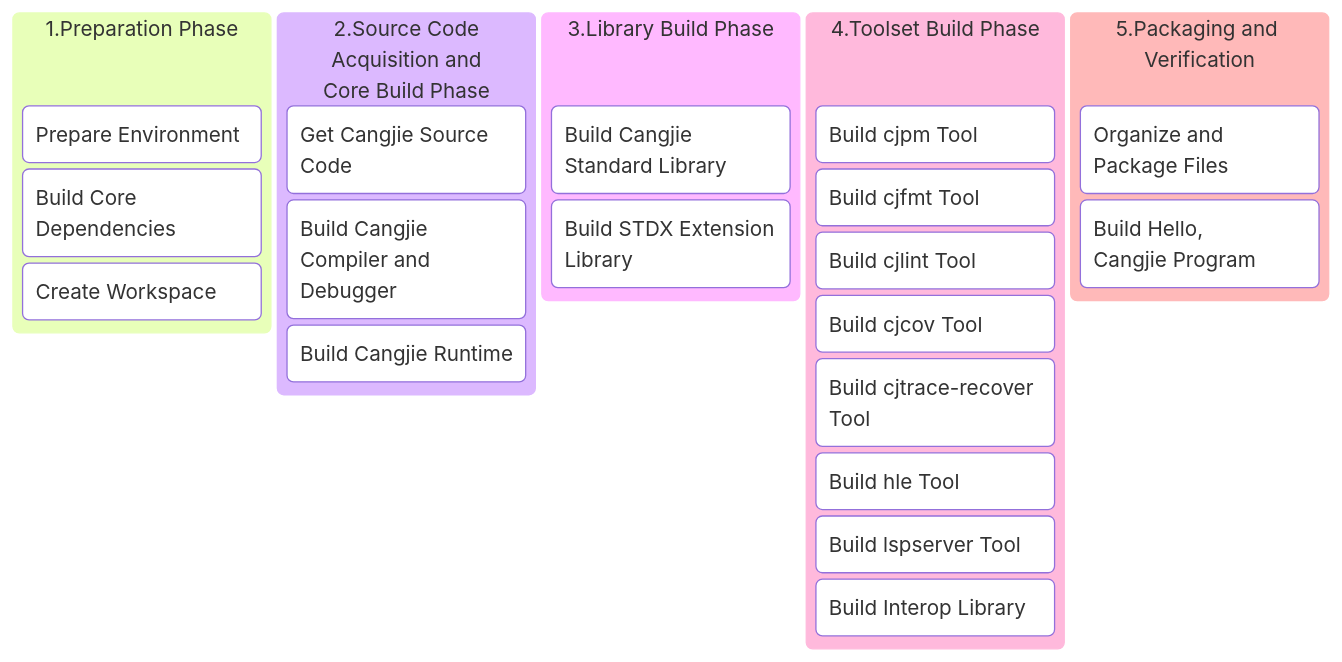
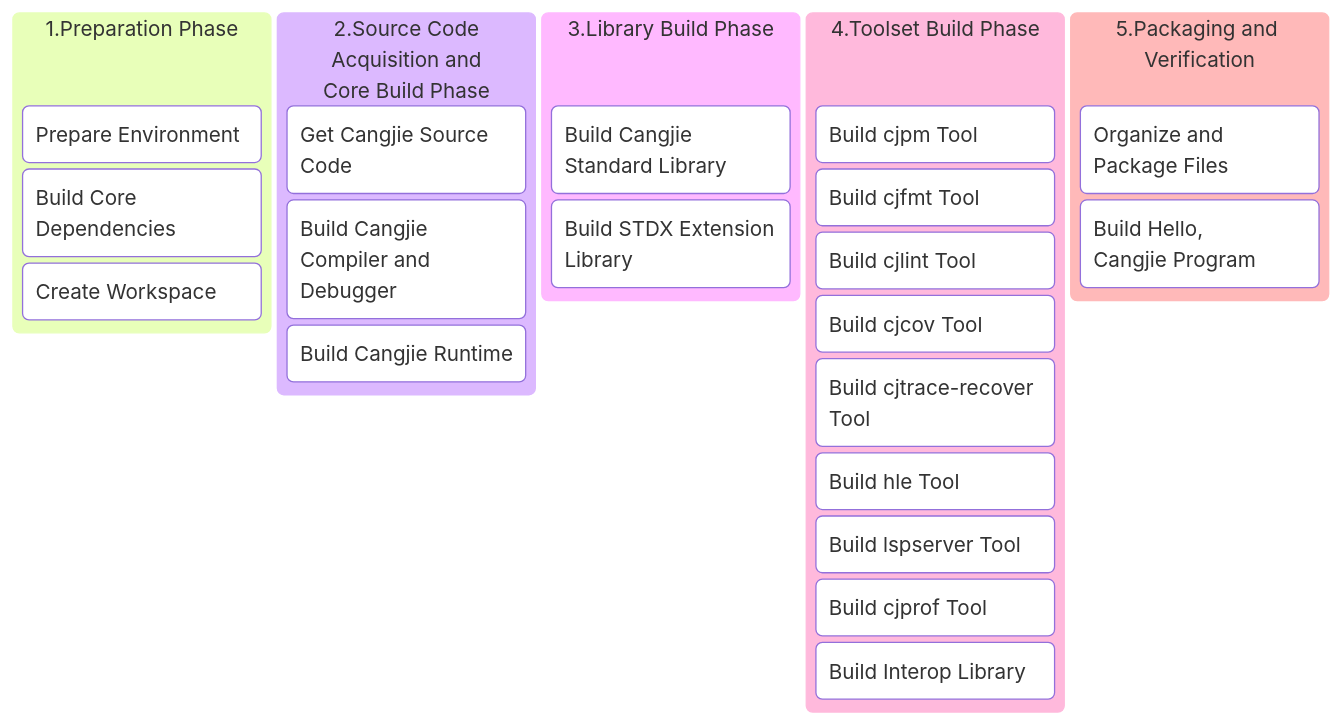
Before and after one commit to causerp/cangjie_build: the diagram in doc_en/linux_android.md, drawn with Mermaid. The commit also changed other lines of this file and 21 other files, not shown here.

Commit message:
docs: update build docs to add cjprof tool

````diff
--- a/doc_en/linux_android.md
+++ b/doc_en/linux_android.md
@@ -9,26 +9,27 @@
 ```mermaid
 kanban
   1.Preparation Phase
     A[Prepare Environment]
     B[Build Core Dependencies]
     C[Create Workspace]
   2.Source Code<br>Acquisition and<br>Core Build Phase
     D[Get Cangjie Source Code]
     E[Build Cangjie<br>Compiler and<br>Debugger]
     F[Build Cangjie Runtime]
   3.Library Build Phase
     G[Build Cangjie Standard Library]
     H[Build STDX Extension Library]
   4.Toolset Build Phase
     I[Build cjpm Tool]
     J[Build cjfmt Tool]
     K[Build cjlint Tool]
     L[Build cjcov Tool]
     M[Build cjtrace-recover<br>Tool]
     N[Build hle Tool]
     O[Build lspserver Tool]
-    P[Build Interop Library]
+    P[Build cjprof Tool]
+    Q[Build Interop Library]
   5.Packaging and Verification
-    P[Organize and<br>Package Files]
-    Q[Build Hello,<br>Cangjie Program]
+    R[Organize and<br>Package Files]
+    S[Build Hello,<br>Cangjie Program]
 ```
````
